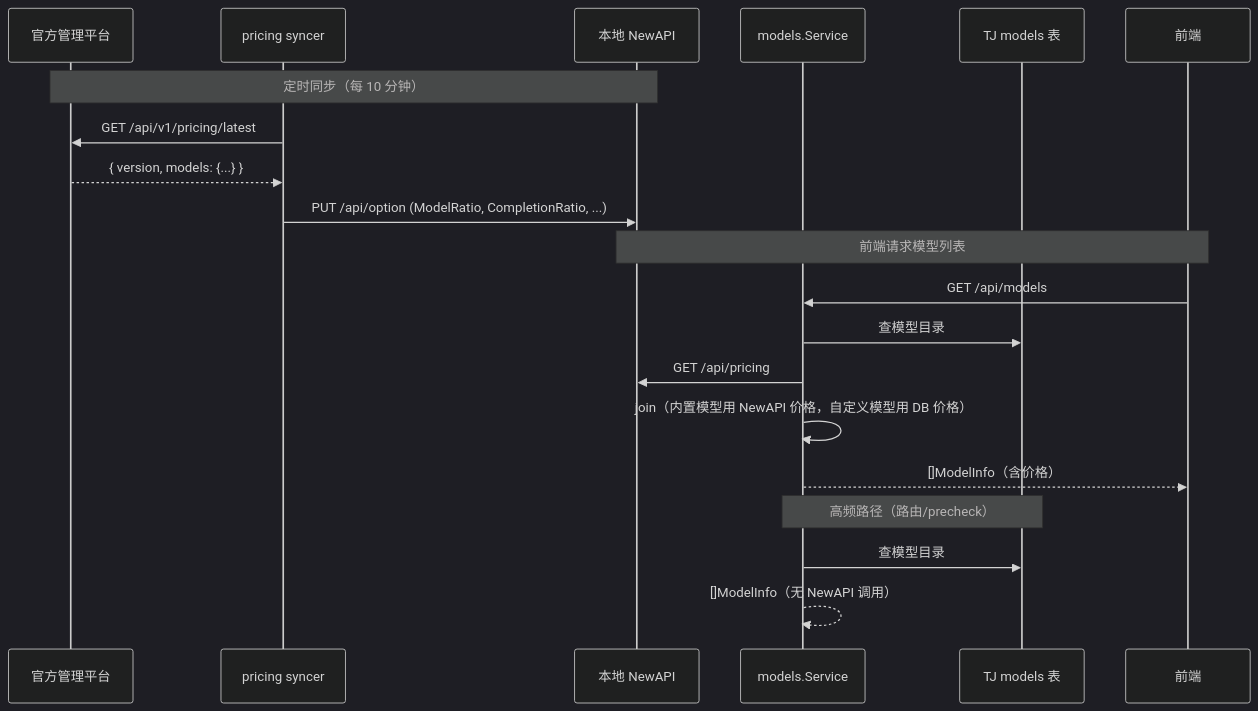
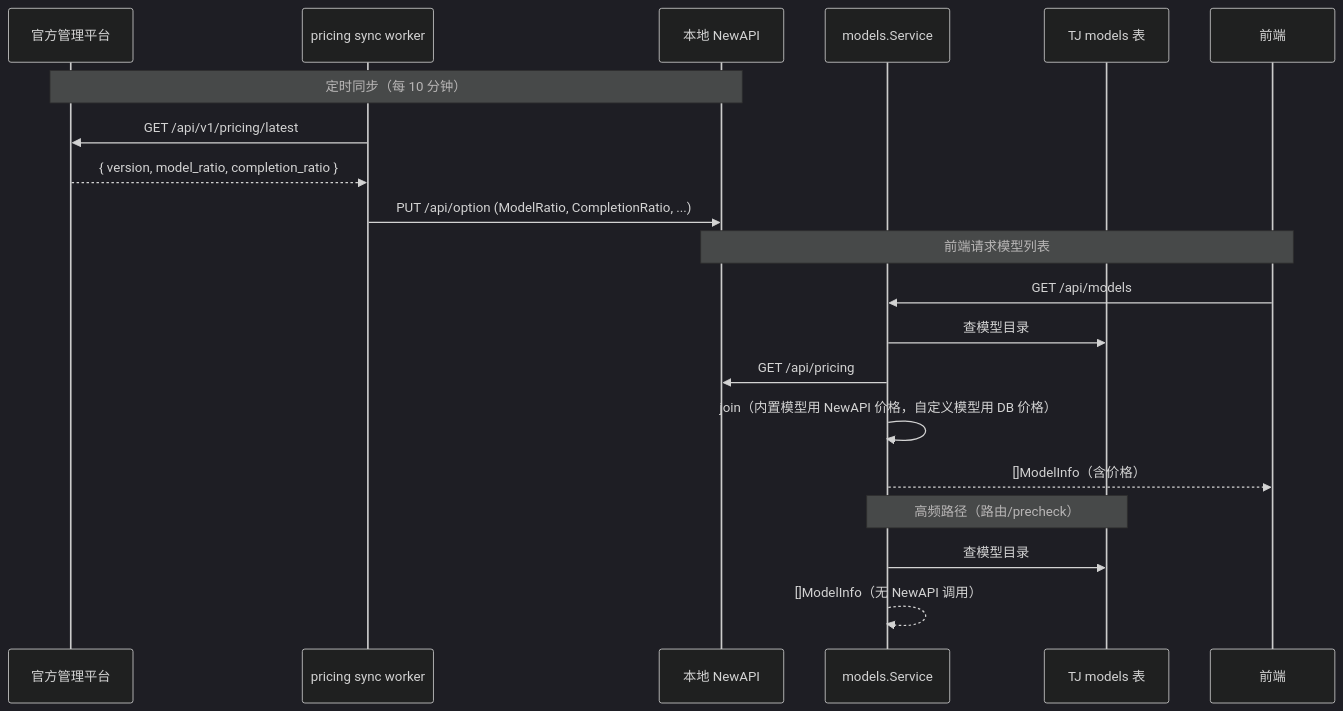
One commit to quyip8818/mytokenjoy changed the diagram in docs/plan/pricing-architecture-unification.md. Above: the diagram before and after it, drawn with Mermaid (dark theme). The commit also changed other lines of this file and 21 other files, not shown here.

````diff
--- a/docs/plan/pricing-architecture-unification.md
+++ b/docs/plan/pricing-architecture-unification.md
@@ -96,25 +97,25 @@
 ```mermaid
 sequenceDiagram
     participant Platform as 官方管理平台
-    participant Syncer as pricing syncer
+    participant Worker as pricing sync worker
     participant NA as 本地 NewAPI
     participant S as models.Service
     participant DB as TJ models 表
     participant FE as 前端
 
     Note over Platform,NA: 定时同步（每 10 分钟）
-    Syncer->>Platform: GET /api/v1/pricing/latest
-    Platform-->>Syncer: { version, models: {...} }
-    Syncer->>NA: PUT /api/option (ModelRatio, CompletionRatio, ...)
+    Worker->>Platform: GET /api/v1/pricing/latest
+    Platform-->>Worker: { version, model_ratio, completion_ratio }
+    Worker->>NA: PUT /api/option (ModelRatio, CompletionRatio, ...)
 
     Note over FE,NA: 前端请求模型列表
     FE->>S: GET /api/models
     S->>DB: 查模型目录
     S->>NA: GET /api/pricing
     S->>S: join（内置模型用 NewAPI 价格，自定义模型用 DB 价格）
     S-->>FE: []ModelInfo（含价格）
 
     Note over S,DB: 高频路径（路由/precheck）
     S->>DB: 查模型目录
     S-->>S: []ModelInfo（无 NewAPI 调用）
 ```
````
